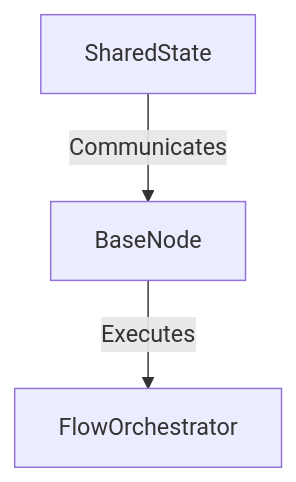
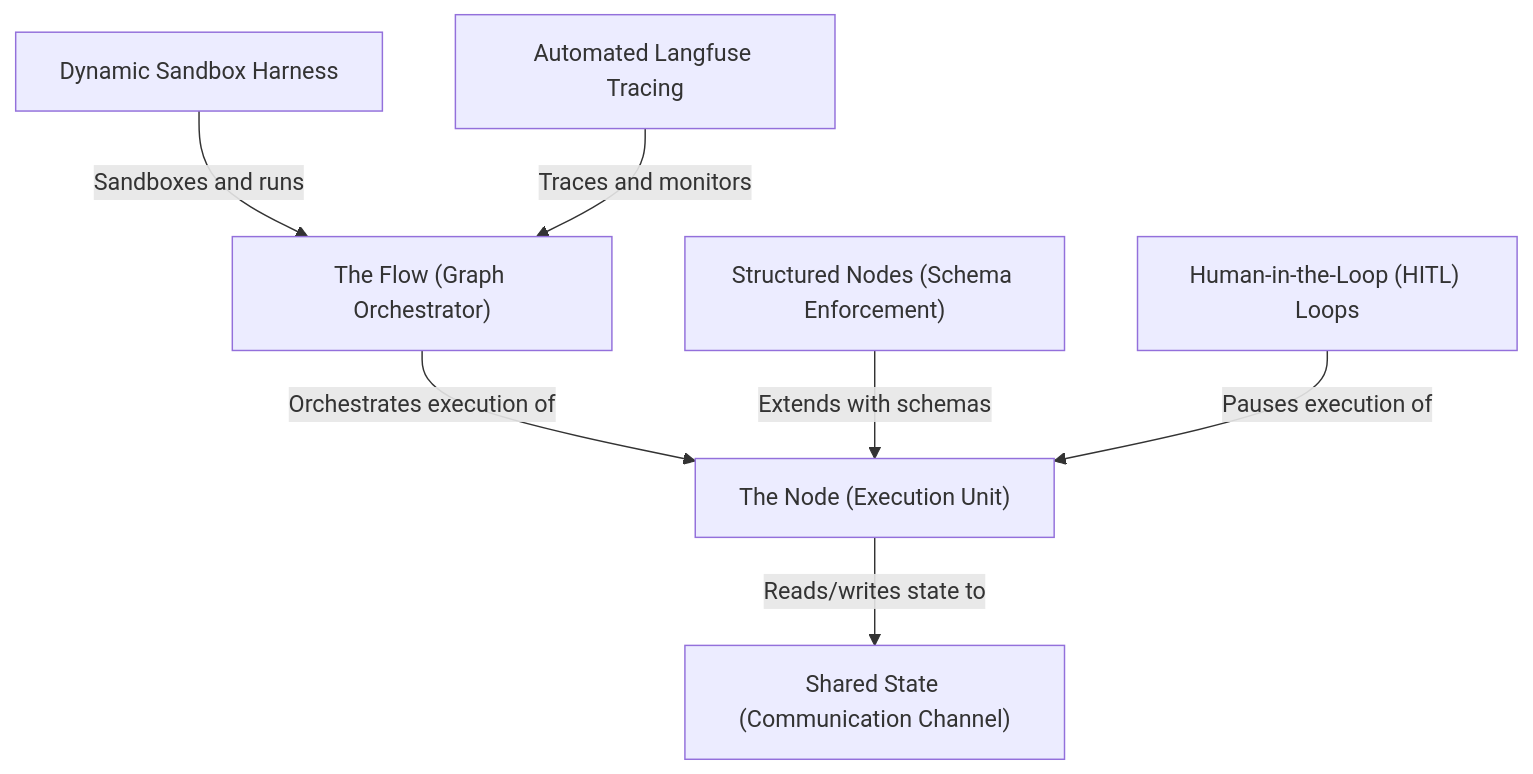
Before and after one commit to mbenetti/pi-tutorial-builder: the diagram in README.md, drawn with Mermaid. The commit also changed other lines of this file, not shown here.

Commit message:
Update README with pi-dynamic-workflow tutorial and enhance flowchart details

````diff
--- a/README.md
+++ b/README.md
@@ -104,8 +105,23 @@
 ```mermaid
 flowchart TD
-    A0["SharedState"]
-    A1["BaseNode"]
-    A2["FlowOrchestrator"]
-    A0 -- "Communicates" --> A1
-    A1 -- "Executes" --> A2
+    A0["The Node (Execution Unit)
+"]
+    A1["The Flow (Graph Orchestrator)
+"]
+    A2["Shared State (Communication Channel)
+"]
+    A3["Dynamic Sandbox Harness
+"]
+    A4["Automated Langfuse Tracing
+"]
+    A5["Structured Nodes (Schema Enforcement)
+"]
+    A6["Human-in-the-Loop (HITL) Loops
+"]
+    A1 -- "Orchestrates execution of" --> A0
+    A0 -- "Reads/writes state to" --> A2
+    A3 -- "Sandboxes and runs" --> A1
+    A4 -- "Traces and monitors" --> A1
+    A5 -- "Extends with schemas" --> A0
+    A6 -- "Pauses execution of" --> A0
 ```
````
